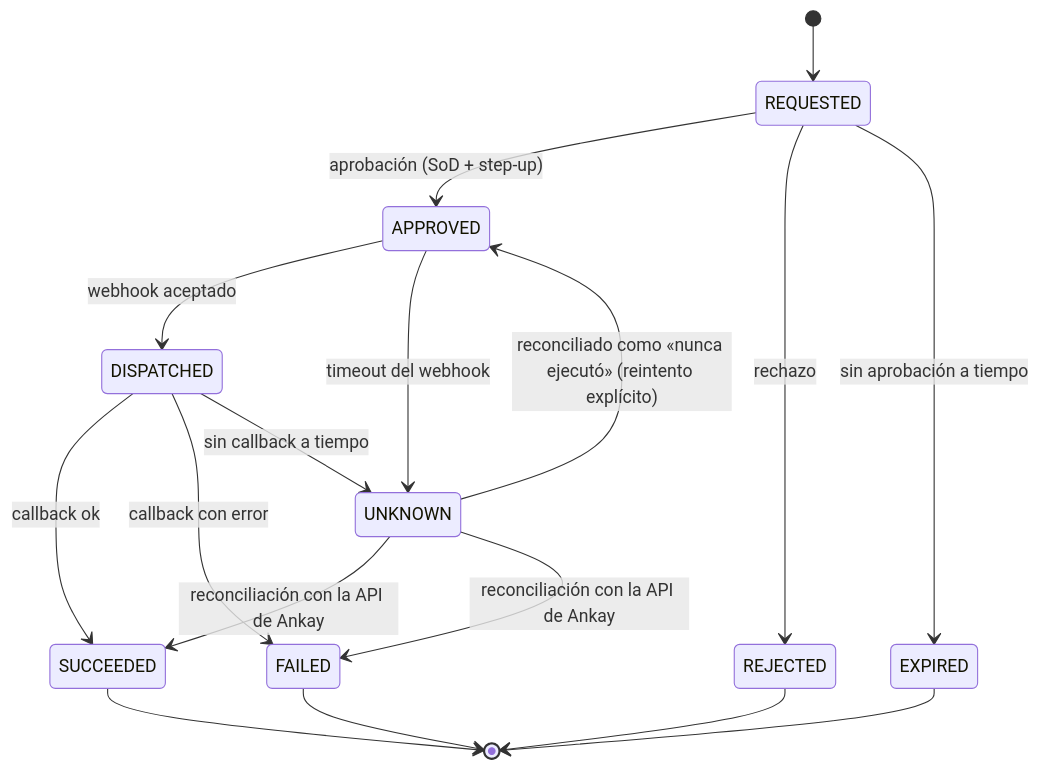
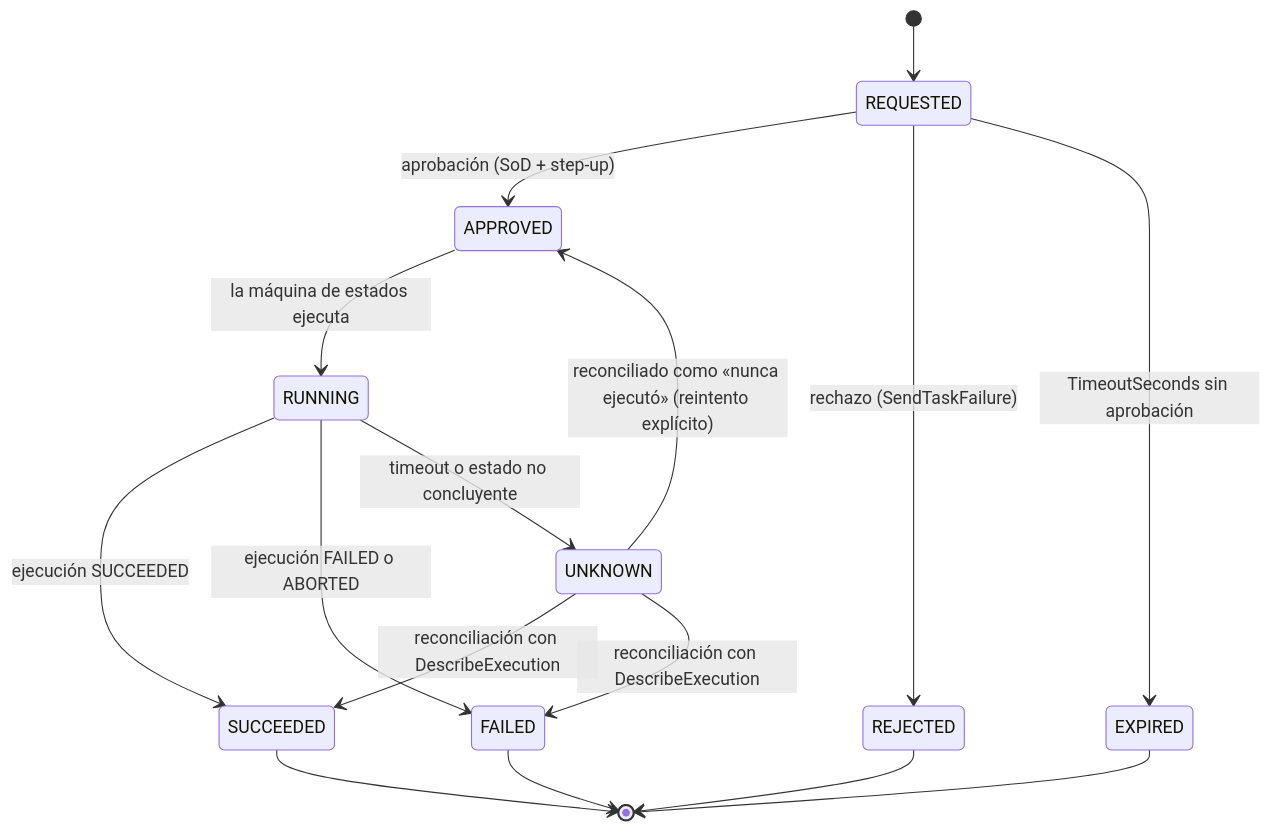
One commit to CyberStill-GmbH/qapaq-secops changed the fourth of 5 diagrams in docs/14-ankay-conexion-qapaq.md. Above: the diagram before and after it, drawn with Mermaid. The commit also changed other lines of this file and 1162 other files, not shown here.

````diff
--- a/docs/14-ankay-conexion-qapaq.md
+++ b/docs/14-ankay-conexion-qapaq.md
@@ -125,19 +90,18 @@
 ```mermaid
 stateDiagram-v2
   [*] --> REQUESTED
   REQUESTED --> APPROVED: aprobación (SoD + step-up)
-  REQUESTED --> REJECTED: rechazo
-  REQUESTED --> EXPIRED: sin aprobación a tiempo
-  APPROVED --> DISPATCHED: webhook aceptado
-  APPROVED --> UNKNOWN: timeout del webhook
-  DISPATCHED --> SUCCEEDED: callback ok
-  DISPATCHED --> FAILED: callback con error
-  DISPATCHED --> UNKNOWN: sin callback a tiempo
-  UNKNOWN --> SUCCEEDED: reconciliación con la API de Ankay
-  UNKNOWN --> FAILED: reconciliación con la API de Ankay
+  REQUESTED --> REJECTED: rechazo (SendTaskFailure)
+  REQUESTED --> EXPIRED: TimeoutSeconds sin aprobación
+  APPROVED --> RUNNING: la máquina de estados ejecuta
+  RUNNING --> SUCCEEDED: ejecución SUCCEEDED
+  RUNNING --> FAILED: ejecución FAILED o ABORTED
+  RUNNING --> UNKNOWN: timeout o estado no concluyente
+  UNKNOWN --> SUCCEEDED: reconciliación con DescribeExecution
+  UNKNOWN --> FAILED: reconciliación con DescribeExecution
   UNKNOWN --> APPROVED: reconciliado como «nunca ejecutó» (reintento explícito)
   SUCCEEDED --> [*]
   FAILED --> [*]
   REJECTED --> [*]
   EXPIRED --> [*]
 ```
````
